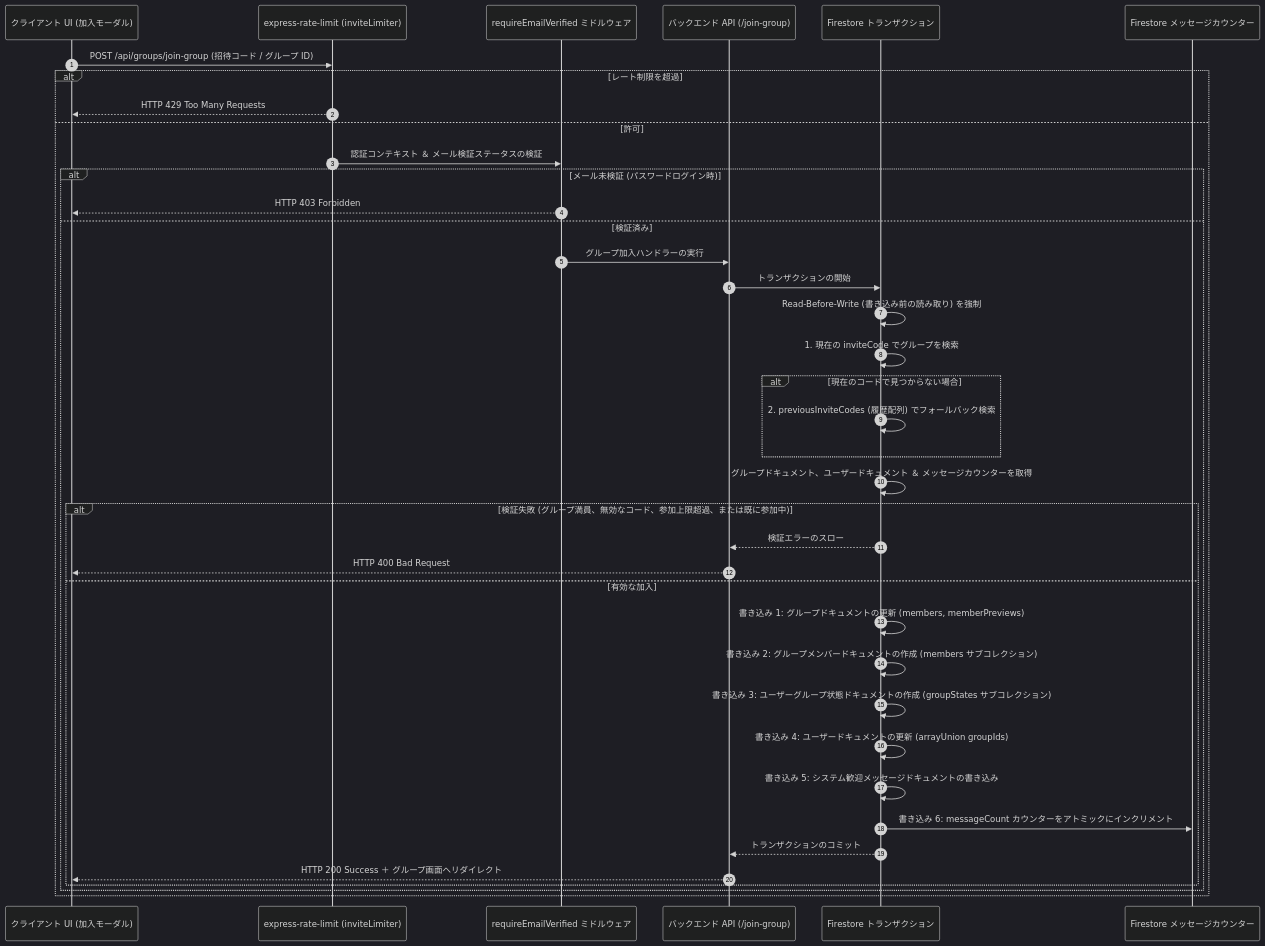
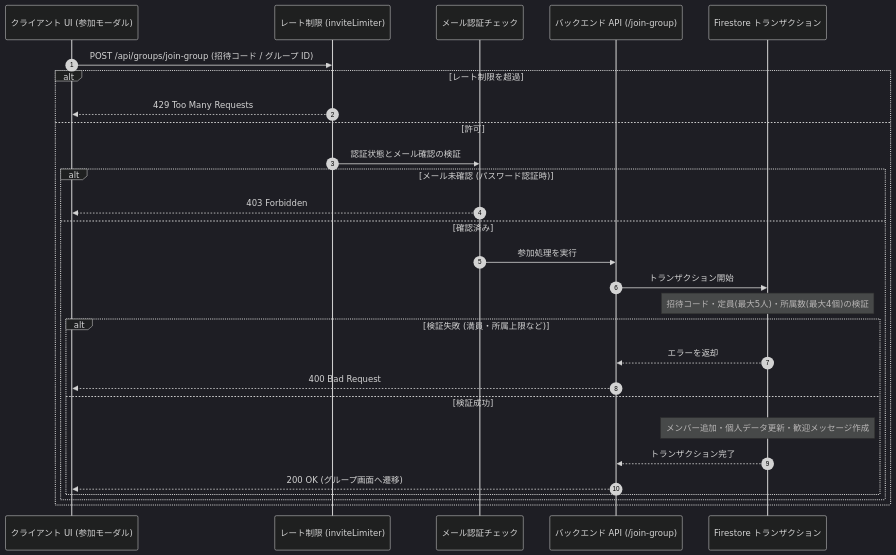
The diagram in docs/ja/group-invites.md (ScriptureHabit/scripture-habit), drawn with Mermaid (dark theme) before and after one commit. The commit also changed other lines of this file and 19 other files, not shown here.

````diff
--- a/docs/ja/group-invites.md
+++ b/docs/ja/group-invites.md
@@ -11,43 +11,31 @@
 ```mermaid
 sequenceDiagram
     autonumber
-    participant UI as クライアント UI (加入モーダル)
-    participant Rate as express-rate-limit (inviteLimiter)
-    participant Auth as requireEmailVerified ミドルウェア
+    participant UI as クライアント UI (参加モーダル)
+    participant Rate as レート制限 (inviteLimiter)
+    participant Auth as メール認証チェック
     participant API as バックエンド API (/join-group)
     participant DB as Firestore トランザクション
-    participant Counter as Firestore メッセージカウンター
 
     UI->>Rate: POST /api/groups/join-group (招待コード / グループ ID)
     alt レート制限を超過
-        Rate-->>UI: HTTP 429 Too Many Requests
+        Rate-->>UI: 429 Too Many Requests
     else 許可
-        Rate->>Auth: 認証コンテキスト ＆ メール検証ステータスの検証
-        alt メール未検証 (パスワードログイン時)
-            Auth-->>UI: HTTP 403 Forbidden
-        else 検証済み
-            Auth->>API: グループ加入ハンドラーの実行
-            API->>DB: トランザクションの開始
-            DB->>DB: Read-Before-Write (書き込み前の読み取り) を強制
-            DB->>DB: 1. 現在の inviteCode でグループを検索
-            alt 現在のコードで見つからない場合
-                DB->>DB: 2. previousInviteCodes (履歴配列) でフォールバック検索
-            end
-            DB->>DB: グループドキュメント、ユーザードキュメント ＆ メッセージカウンターを取得
-            
-            alt 検証失敗 (グループ満員、無効なコード、参加上限超過、または既に参加中)
-                DB-->>API: 検証エラーのスロー
-                API-->>UI: HTTP 400 Bad Request
-            else 有効な加入
-                DB->>DB: 書き込み 1: グループドキュメントの更新 (members, memberPreviews)
-                DB->>DB: 書き込み 2: グループメンバードキュメントの作成 (members サブコレクション)
-                DB->>DB: 書き込み 3: ユーザーグループ状態ドキュメントの作成 (groupStates サブコレクション)
-                DB->>DB: 書き込み 4: ユーザードキュメントの更新 (arrayUnion groupIds)
-                DB->>DB: 書き込み 5: システム歓迎メッセージドキュメントの書き込み
-                DB->>Counter: 書き込み 6: messageCount カウンターをアトミックにインクリメント
-                DB-->>API: トランザクションのコミット
-                API-->>UI: HTTP 200 Success ＋ グループ画面へリダイレクト
+        Rate->>Auth: 認証状態とメール確認の検証
+        alt メール未確認 (パスワード認証時)
+            Auth-->>UI: 403 Forbidden
+        else 確認済み
+            Auth->>API: 参加処理を実行
+            API->>DB: トランザクション開始
+            Note over DB: 招待コード・定員(最大5人)・所属数(最大4個)の検証
+            alt 検証失敗 (満員・所属上限など)
+                DB-->>API: エラーを返却
+                API-->>UI: 400 Bad Request
+            else 検証成功
+                Note over DB: メンバー追加・個人データ更新・歓迎メッセージ作成
+                DB-->>API: トランザクション完了
+                API-->>UI: 200 OK (グループ画面へ遷移)
             end
         end
     end
 ```
````
